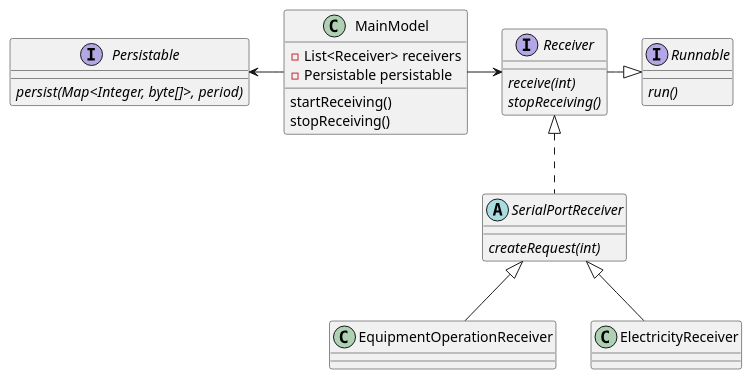
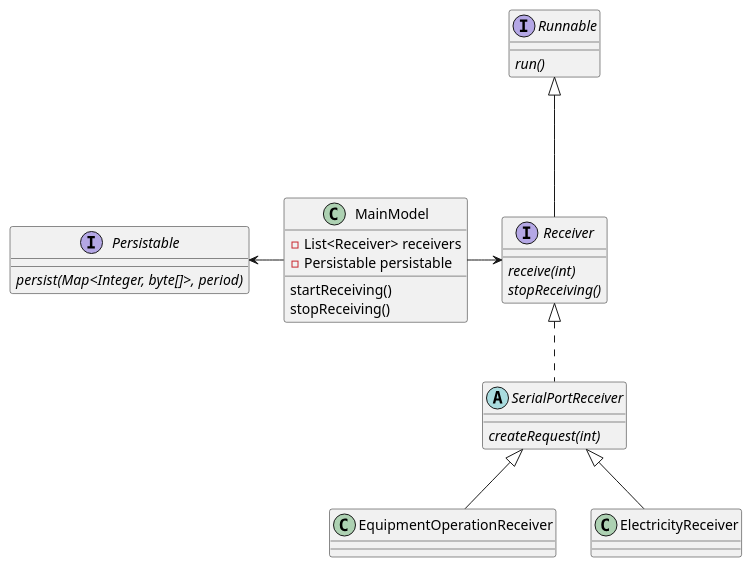
Before and after one commit to AleksOl31/oik-server: the diagram in oik-server.puml, drawn with PlantUML.

Commit message:
Добавлена диаграмма UML

```diff
--- a/oik-server.puml
+++ b/oik-server.puml
@@ -1,60 +1,60 @@
 @startuml
 'https://plantuml.com/class-diagram
 
 interface Receiver {
 {abstract} receive(int)
 {abstract} stopReceiving()
 }
 
 interface Runnable {
 {abstract} run()
 }
 
-Receiver -right--|> Runnable
+Receiver -up--|> Runnable
 abstract class SerialPortReceiver implements Receiver {
 {abstract} createRequest(int)
 }
 class EquipmentOperationReceiver extends SerialPortReceiver
 class ElectricityReceiver extends SerialPortReceiver
 
 class MainModel {
 -List<Receiver> receivers
 -Persistable persistable
 startReceiving()
 stopReceiving()
 }
 
 interface Persistable {
 {abstract} persist(Map<Integer, byte[]>, period)
 }
 
 MainModel -right--> Receiver
 MainModel -left--> Persistable
 
 
 
 
 'abstract class AbstractList
 'abstract AbstractCollection
 'interface List
 'interface Collection
 '
 'List <|-- AbstractList
 'Collection <|-- AbstractCollection
 '
 'Collection <|- List
 'AbstractCollection <|- AbstractList
 'AbstractList <|-- ArrayList
 '
 'class ArrayList {
 'Object[] elementData
 'size()
 '}
 '
 'enum TimeUnit {
 'DAYS
 'HOURS
 'MINUTES
 '}
 
 @enduml
```
